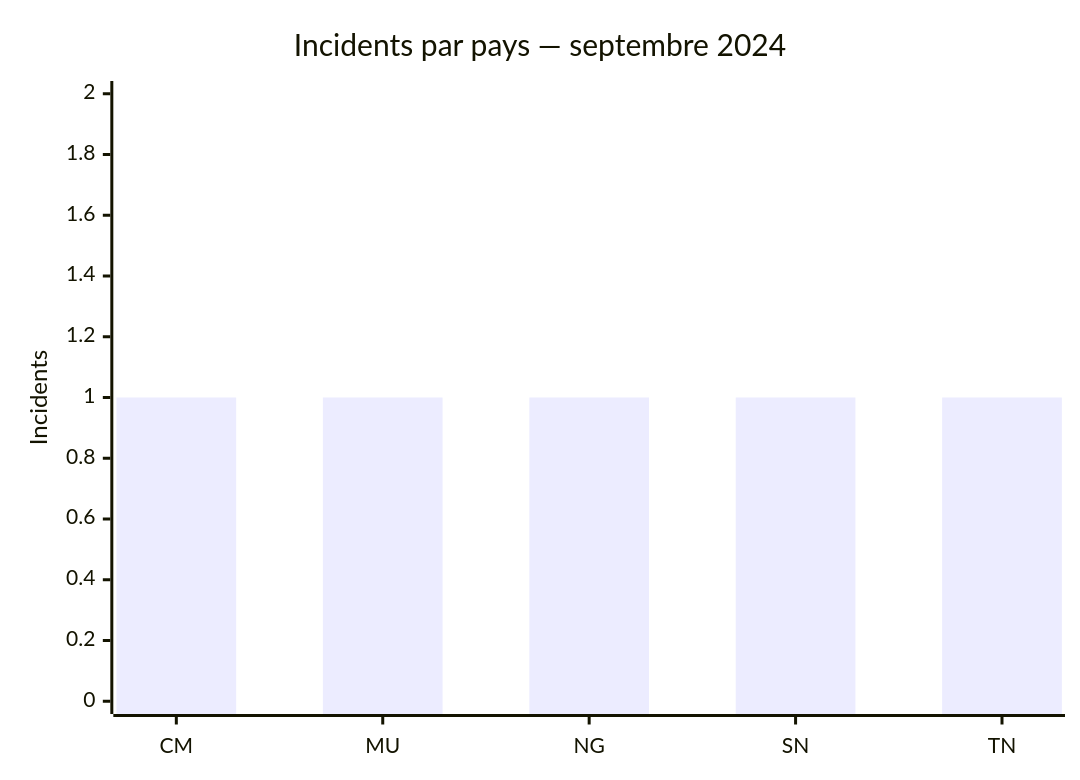
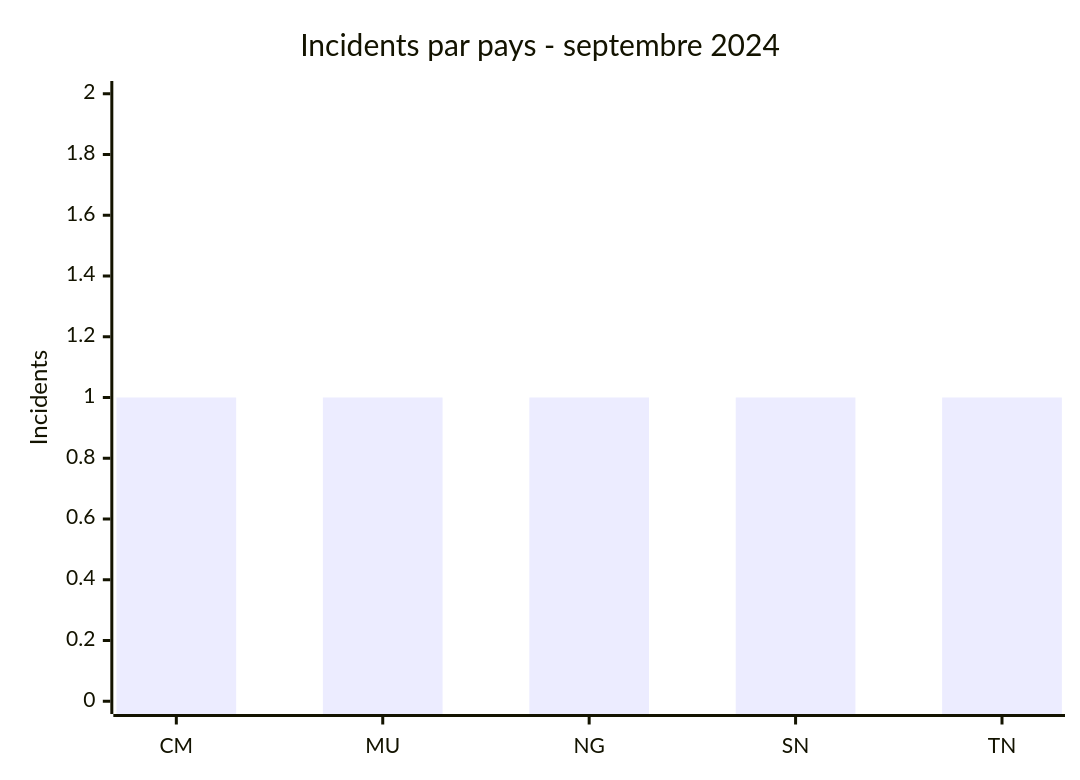
Before and after one commit to Hatchepsoute/AFRINTEL: the first of 2 diagrams in CyberAttackAfrica/2024/09-september/README_FR.md, drawn with Mermaid. The commit also changed other lines of this file and 182 other files, not shown here.

````diff
--- a/CyberAttackAfrica/2024/09-september/README_FR.md
+++ b/CyberAttackAfrica/2024/09-september/README_FR.md
@@ -44,7 +44,7 @@
 ```mermaid
 xychart
-    title "Incidents par pays — septembre 2024"
+    title "Incidents par pays - septembre 2024"
     x-axis ["CM","MU","NG","SN","TN"]
     y-axis "Incidents" 0 --> 2
     bar [1,1,1,1,1]
 ```
````
